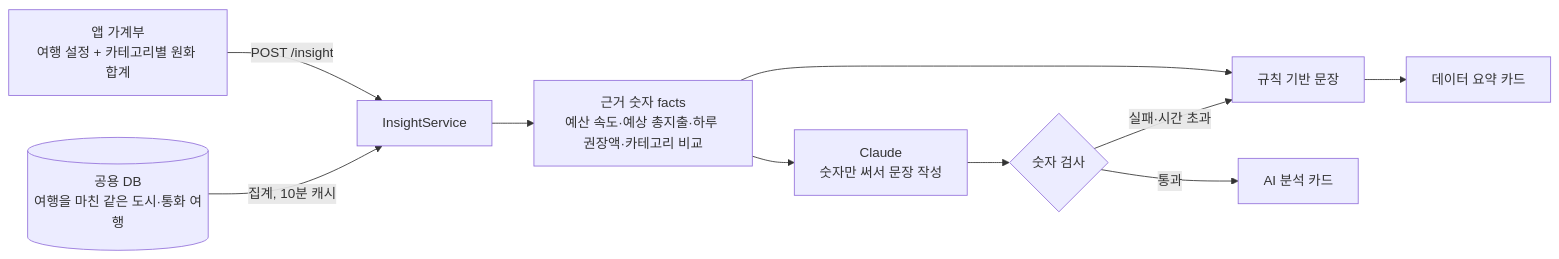
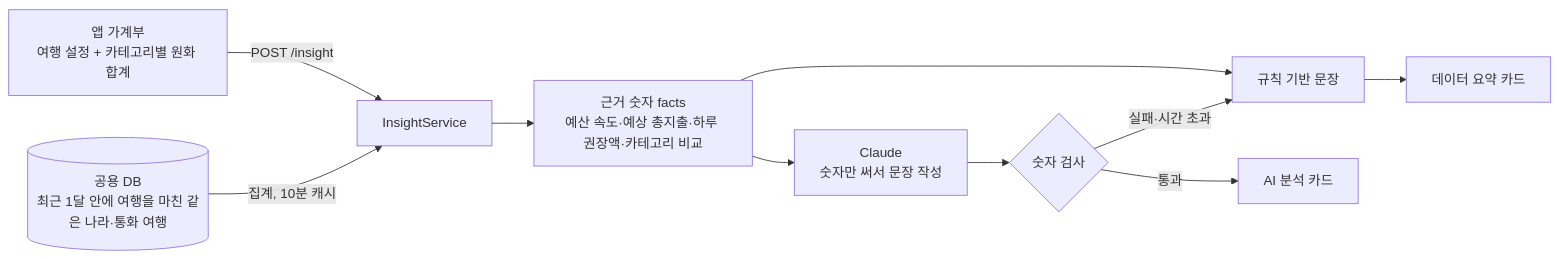
One commit to SongJunPyo/Travel_WON_IT changed the diagram in docs/AI_utils/spending-insight.md. Above: the diagram before and after it, drawn with Mermaid. The commit also changed other lines of this file and 7 other files, not shown here.

````diff
--- a/docs/AI_utils/spending-insight.md
+++ b/docs/AI_utils/spending-insight.md
@@ -33,12 +33,12 @@
 ```mermaid
 flowchart LR
     A[앱 가계부<br/>여행 설정 + 카테고리별 원화 합계] -->|POST /insight| B[InsightService]
-    DB[(공용 DB<br/>여행을 마친 같은 도시·통화 여행)] -->|집계, 10분 캐시| B
+    DB[(공용 DB<br/>최근 1달 안에 여행을 마친 같은 나라·통화 여행)] -->|집계, 10분 캐시| B
     B --> C[근거 숫자 facts<br/>예산 속도·예상 총지출·하루 권장액·카테고리 비교]
     C --> D[규칙 기반 문장]
     C --> E[Claude<br/>숫자만 써서 문장 작성]
     E --> F{숫자 검사}
     F -->|통과| G[AI 분석 카드]
     F -->|실패·시간 초과| D
     D --> H[데이터 요약 카드]
 ```
````
